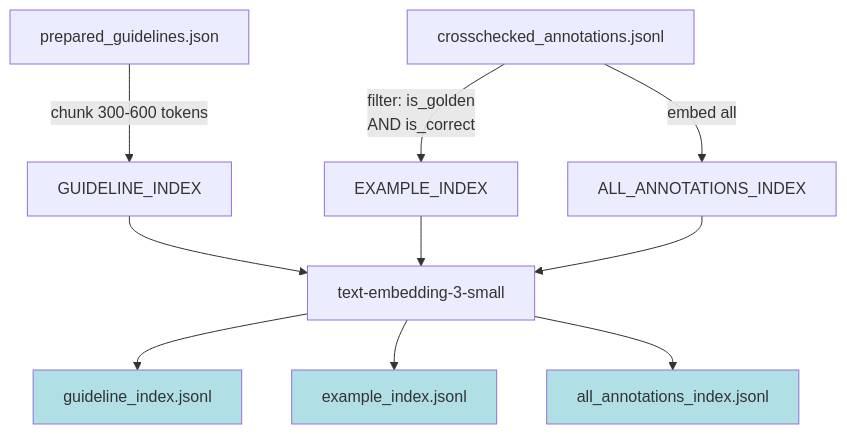
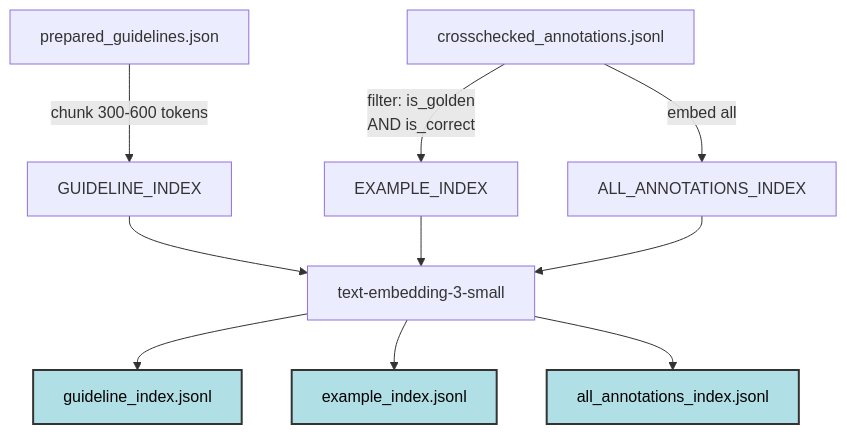
One commit to arteaga-uux/Edge-Case-Annotator-Agent changed the fourth of 15 diagrams in ARCHITECTURE.md. Above: the diagram before and after it, drawn with Mermaid. The commit also changed other lines of this file and 1 other file, not shown here.

````diff
--- a/ARCHITECTURE.md
+++ b/ARCHITECTURE.md
@@ -80,20 +80,20 @@
 ```mermaid
 graph TD
     A[prepared_guidelines.json] -->|chunk 300-600 tokens| B[GUIDELINE_INDEX]
     
     C[crosschecked_annotations.jsonl] -->|filter: is_golden<br/>AND is_correct| D[EXAMPLE_INDEX]
     
     C -->|embed all| E[ALL_ANNOTATIONS_INDEX]
     
     B --> F[text-embedding-3-small]
     D --> F
     E --> F
     
     F --> G[guideline_index.jsonl]
     F --> H[example_index.jsonl]
     F --> I[all_annotations_index.jsonl]
     
-    style G fill:#B0E0E6
-    style H fill:#B0E0E6
-    style I fill:#B0E0E6
+    style G fill:#B0E0E6,stroke:#333,stroke-width:2px,color:#000
+    style H fill:#B0E0E6,stroke:#333,stroke-width:2px,color:#000
+    style I fill:#B0E0E6,stroke:#333,stroke-width:2px,color:#000
 ```
````
